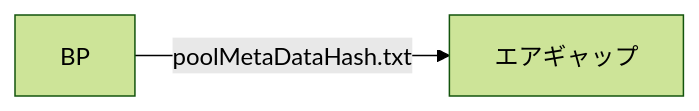
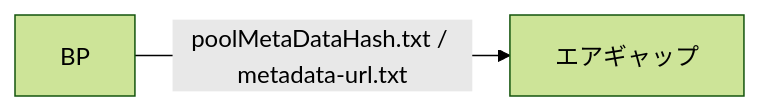
One commit to kuhito-inc/spojapanguild changed the first of 4 diagrams in content/docs/cardano/operation/cert-update.mdx. Above: the diagram before and after it, drawn with Mermaid (forest theme). The commit also changed other lines of this file and 1 other file, not shown here.

Commit message:
docs: unify metadata URL handling for pool registration and updates

````diff
--- a/content/docs/cardano/operation/cert-update.mdx
+++ b/content/docs/cardano/operation/cert-update.mdx
@@ -110,4 +127,4 @@
 ```mermaid
 graph LR
-    A[BP] -->|poolMetaDataHash.txt| B[エアギャップ];
+    A[BP] -->| poolMetaDataHash.txt / metadata-url.txt | B[エアギャップ];
 ```
````
